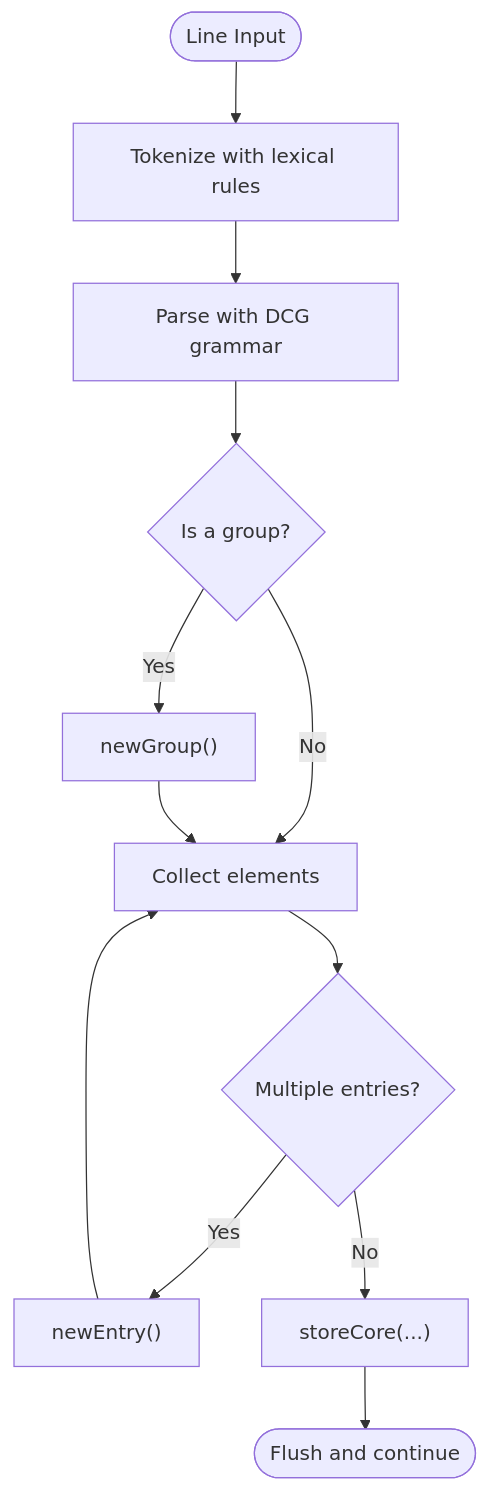
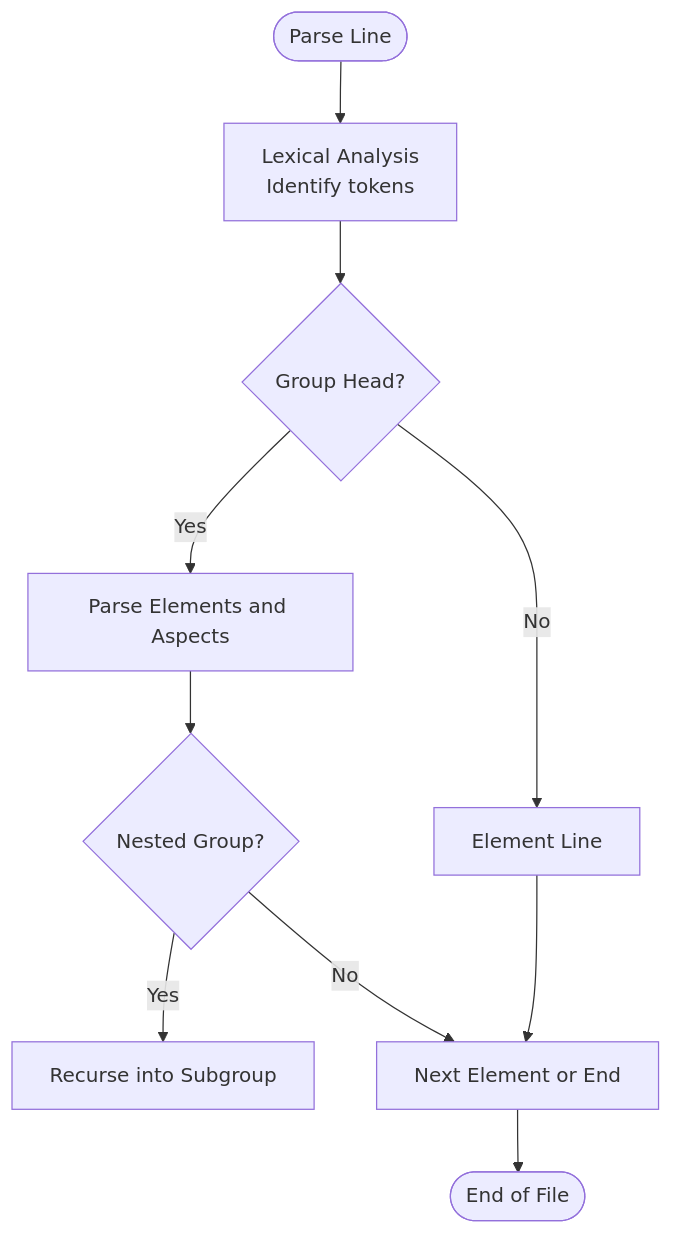
The third of 10 diagrams in .qoder/repowiki/en/content/Core Concepts/Core Concepts.md (time-link/timelink-kleio), drawn with Mermaid before and after one commit. The commit also changed other lines of this file and 225 other files, not shown here.

````diff
--- a/.qoder/repowiki/en/content/Core Concepts/Core Concepts.md
+++ b/.qoder/repowiki/en/content/Core Concepts/Core Concepts.md
@@ -145,14 +173,12 @@
 ```mermaid
 flowchart TD
-Start(["Line Input"]) --> Tokenize["Tokenize with lexical rules"]
-Tokenize --> Parse["Parse with DCG grammar"]
-Parse --> GroupCheck{"Is a group?"}
-GroupCheck --> |Yes| NewGroup["newGroup()"]
-GroupCheck --> |No| Elements["Collect elements"]
-Elements --> EntrySep{"Multiple entries?"}
-EntrySep --> |Yes| NewEntry["newEntry()"]
-EntrySep --> |No| Core["storeCore(...)"]
-NewGroup --> Elements
-NewEntry --> Elements
-Core --> End(["Flush and continue"])
+Start(["Parse Line"]) --> Tokenize["Lexical Analysis<br/>Identify tokens"]
+Tokenize --> GroupHead{"Group Head?"}
+GroupHead --> |Yes| ParseElements["Parse Elements and Aspects"]
+GroupHead --> |No| ElementLine["Element Line"]
+ParseElements --> Nesting{"Nested Group?"}
+Nesting --> |Yes| Recurse["Recurse into Subgroup"]
+Nesting --> |No| Next["Next Element or End"]
+ElementLine --> Next
+Next --> End(["End of File"])
 ```
````
